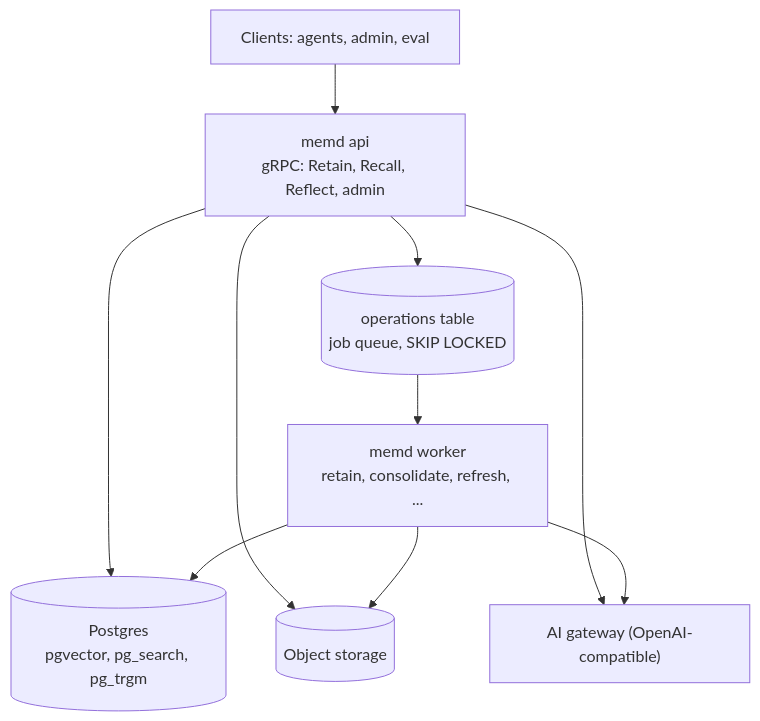
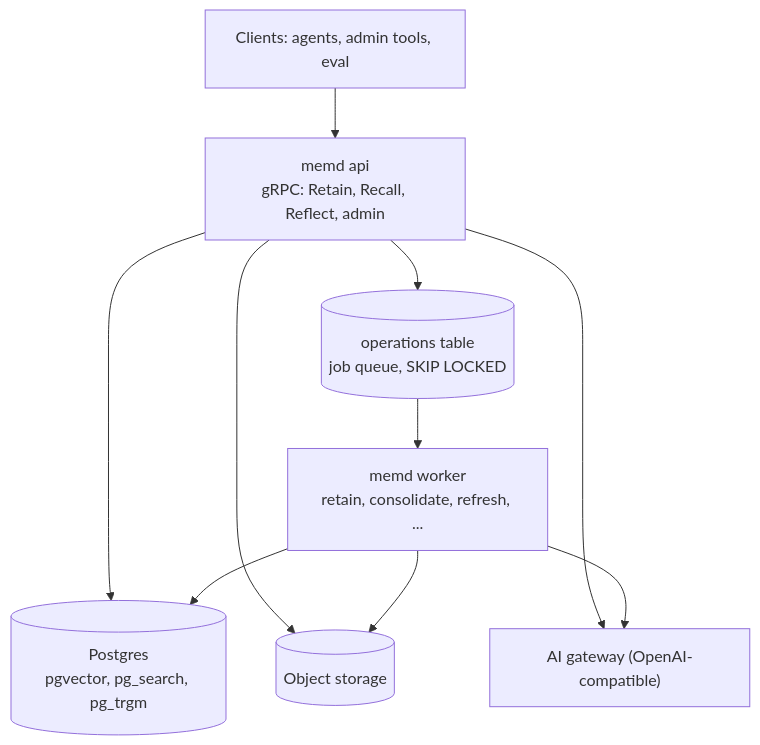
Before and after one commit to gstamatakis95/hindsight-clone: the diagram in README.md, drawn with Mermaid. The commit also changed other lines of this file and 8 other files, not shown here.

````diff
--- a/README.md
+++ b/README.md
@@ -18,8 +14,8 @@
 ```mermaid
 flowchart TB
-  C[Clients: agents, admin, eval] --> API["memd api<br/>gRPC: Retain, Recall, Reflect, admin"]
+  C[Clients: agents, admin tools, eval] --> API["memd api<br/>gRPC: Retain, Recall, Reflect, admin"]
   API --> Q[("operations table<br/>job queue, SKIP LOCKED")] --> W["memd worker<br/>retain, consolidate, refresh, ..."]
   API & W --> PG[("Postgres<br/>pgvector, pg_search, pg_trgm")]
   API & W --> S3[("Object storage")]
   API & W --> GW["AI gateway (OpenAI-compatible)"]
 ```
````
